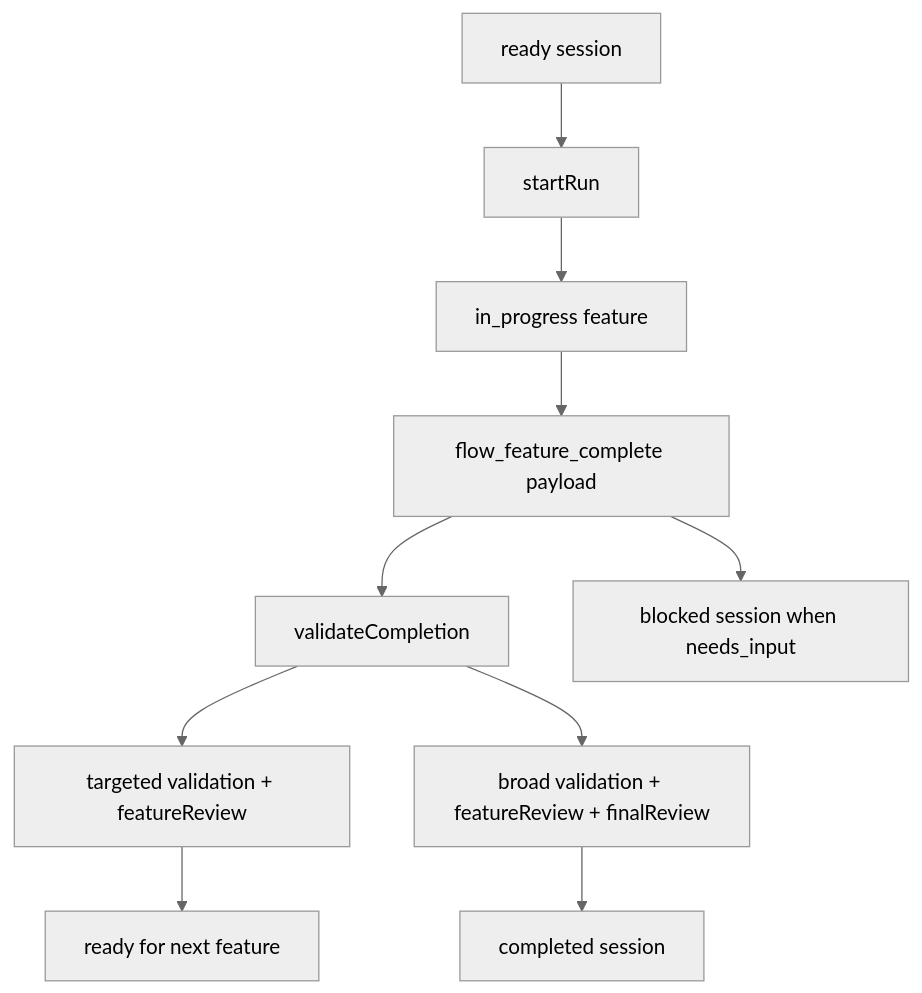
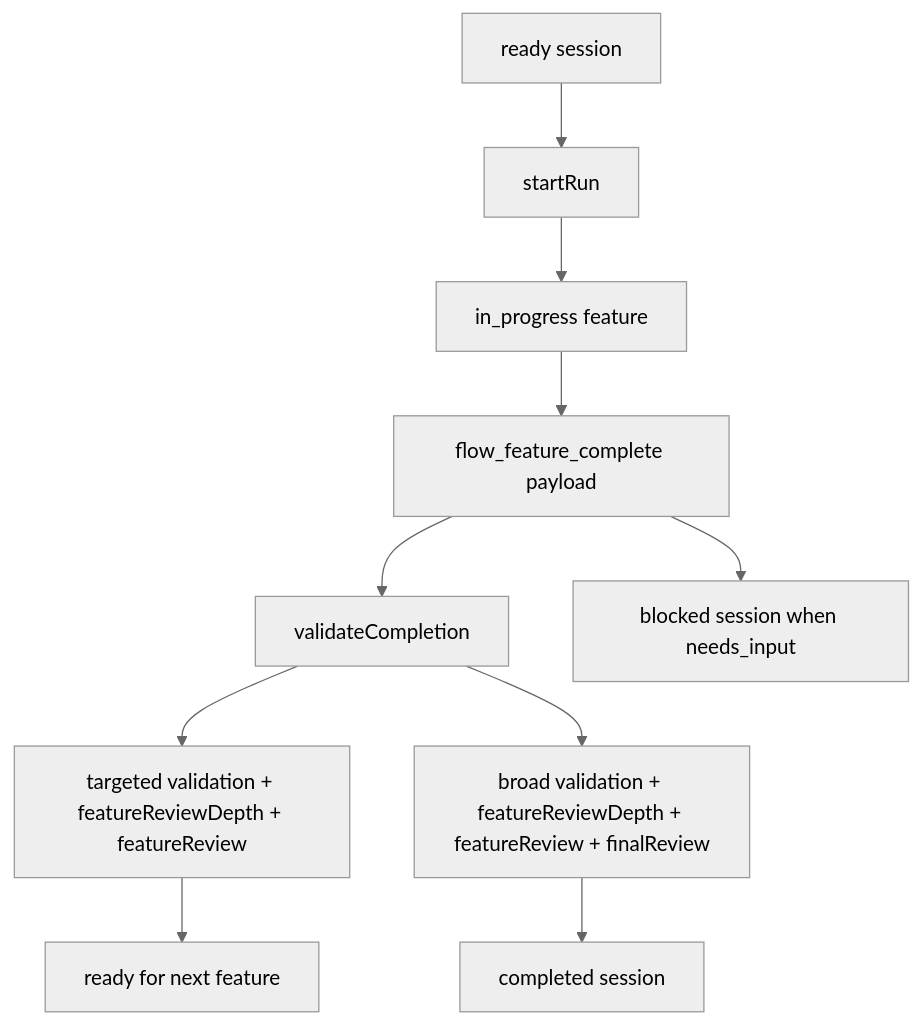
Before and after one commit to ddv1982/flow-opencode: the diagram in droid-wiki/features/execution-and-completion.md, drawn with Mermaid (neutral theme). The commit also changed other lines of this file and 24 other files, not shown here.

Commit message:
Release Flow 4.3.5 review checkpoint lore

````diff
--- a/droid-wiki/features/execution-and-completion.md
+++ b/droid-wiki/features/execution-and-completion.md
@@ -35,12 +35,12 @@
 ```mermaid
 graph TD
     Ready[ready session] --> Start[startRun]
     Start --> Active[in_progress feature]
     Active --> Payload[flow_feature_complete payload]
     Payload --> Validate[validateCompletion]
-    Validate --> NonFinal[targeted validation + featureReview]
-    Validate --> Final[broad validation + featureReview + finalReview]
+    Validate --> NonFinal[targeted validation + featureReviewDepth + featureReview]
+    Validate --> Final[broad validation + featureReviewDepth + featureReview + finalReview]
     NonFinal --> NextReady[ready for next feature]
     Final --> Complete[completed session]
     Payload --> Blocked[blocked session when needs_input]
 ```
````
